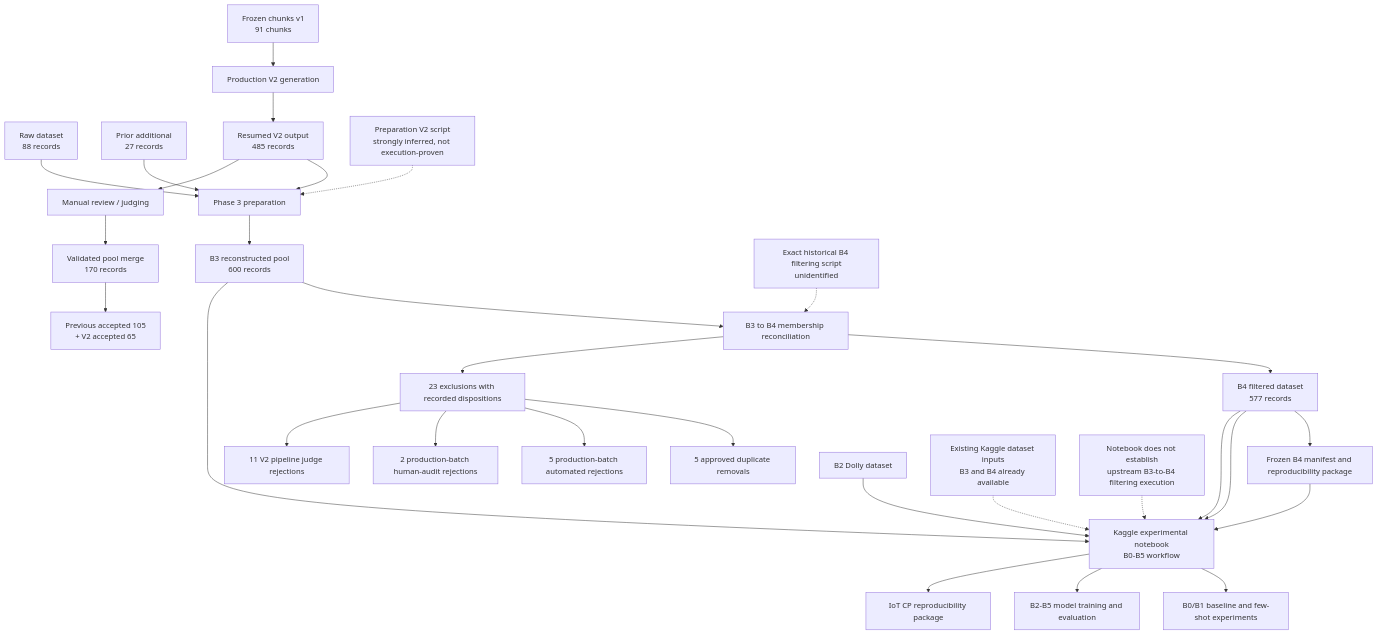
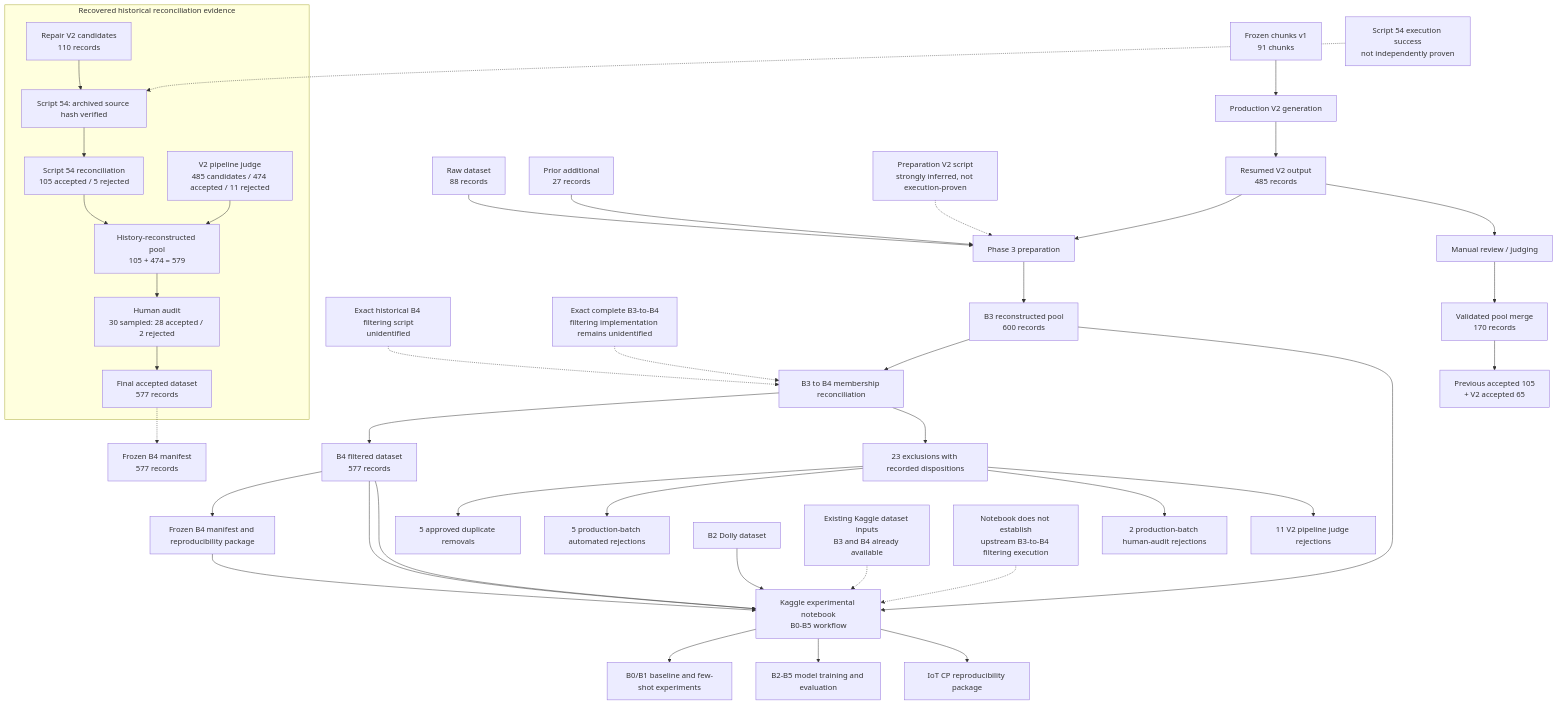
The diagram in docs/diagrams/phase10_dataset_lineage.mmd (Sahil-W-s/Domain-Specific-Instruction-Tuning-Dataset-Curation-Framework), drawn with Mermaid before and after one commit. The commit also changed 4 other files, not shown here.

Commit message:
Update Phase 10 historical dataset lineage evidence

```diff
--- a/docs/diagrams/phase10_dataset_lineage.mmd
+++ b/docs/diagrams/phase10_dataset_lineage.mmd
@@ -1,37 +1,59 @@
 flowchart TD
     A["Frozen chunks v1<br/>91 chunks"] --> G["Production V2 generation"]
     B["Raw dataset<br/>88 records"] --> C["Phase 3 preparation"]
     D["Prior additional<br/>27 records"] --> C
     G --> E["Resumed V2 output<br/>485 records"]
     E --> C
     C --> F["B3 reconstructed pool<br/>600 records"]
     F --> H["B3 to B4 membership reconciliation"]
     H --> I["B4 filtered dataset<br/>577 records"]
     I --> J["Frozen B4 manifest and reproducibility package"]
     I --> K["B4 adapter backup"]
 
     E --> L["Manual review / judging"]
     L --> M["Validated pool merge<br/>170 records"]
     M --> N["Previous accepted 105<br/>+ V2 accepted 65"]
 
     H --> O["23 exclusions with recorded dispositions"]
     O --> P["5 approved duplicate removals"]
     O --> Q["5 production-batch automated rejections"]
     O --> R["2 production-batch human-audit rejections"]
     O --> S["11 V2 pipeline judge rejections"]
 
     T["Preparation V2 script<br/>strongly inferred, not execution-proven"] -.-> C
     U["Exact historical B4 filtering script<br/>unidentified"] -.-> H
 
 
     %% Downstream Kaggle experimental and packaging workflow
     B2["B2 Dolly dataset"] --> K["Kaggle experimental notebook<br/>B0-B5 workflow"]
     F --> K
     I --> K
     J --> K
     K --> K1["B0/B1 baseline and few-shot experiments"]
     K --> K2["B2-B5 model training and evaluation"]
     K --> K3["IoT CP reproducibility package"]
 
     K4["Existing Kaggle dataset inputs<br/>B3 and B4 already available"] -.-> K
     K5["Notebook does not establish<br/>upstream B3-to-B4 filtering execution"] -.-> K
+
+    %% Recovered historical production-filter reconciliation
+    subgraph HIST["Recovered historical reconciliation evidence"]
+        S54["Script 54: archived source hash verified"]
+        C110["Repair V2 candidates<br/>110 records"]
+        A105["Script 54 reconciliation<br/>105 accepted / 5 rejected"]
+        C110 --> S54 --> A105
+
+        V2J["V2 pipeline judge<br/>485 candidates / 474 accepted / 11 rejected"]
+        P579["History-reconstructed pool<br/>105 + 474 = 579"]
+        A105 --> P579
+        V2J --> P579
+
+        AUD["Human audit<br/>30 sampled: 28 accepted / 2 rejected"]
+        FINAL["Final accepted dataset<br/>577 records"]
+        P579 --> AUD --> FINAL
+    end
+
+    FINAL -.-> B4FINAL["Frozen B4 manifest<br/>577 records"]
+
+    S54NOTE["Script 54 execution success<br/>not independently proven"] -.-> S54
+    B4NOTE["Exact complete B3-to-B4<br/>filtering implementation remains unidentified"] -.-> H
```
